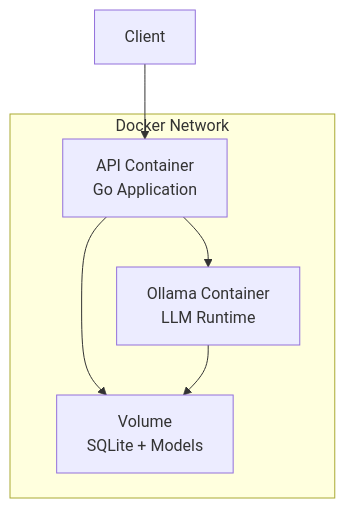
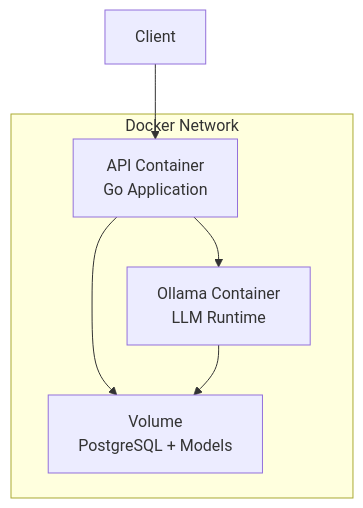
One commit to xvpx/OllamaPilot changed the diagram in ARCHITECTURE.md. Above: the diagram before and after it, drawn with Mermaid. The commit also changed other lines of this file and 17 other files, not shown here.

First line of the commit message:
refactor: remove SQLite support and migrate to PostgreSQL-only architecture

````diff
--- a/ARCHITECTURE.md
+++ b/ARCHITECTURE.md
@@ -248,13 +248,13 @@
 ```mermaid
 graph TB
     subgraph "Docker Network"
         API[API Container<br/>Go Application]
         OLLAMA[Ollama Container<br/>LLM Runtime]
-        VOL[Volume<br/>SQLite + Models]
+        VOL[Volume<br/>PostgreSQL + Models]
     end
     
     CLIENT[Client] --> API
     API --> OLLAMA
     API --> VOL
     OLLAMA --> VOL
 ```
````
